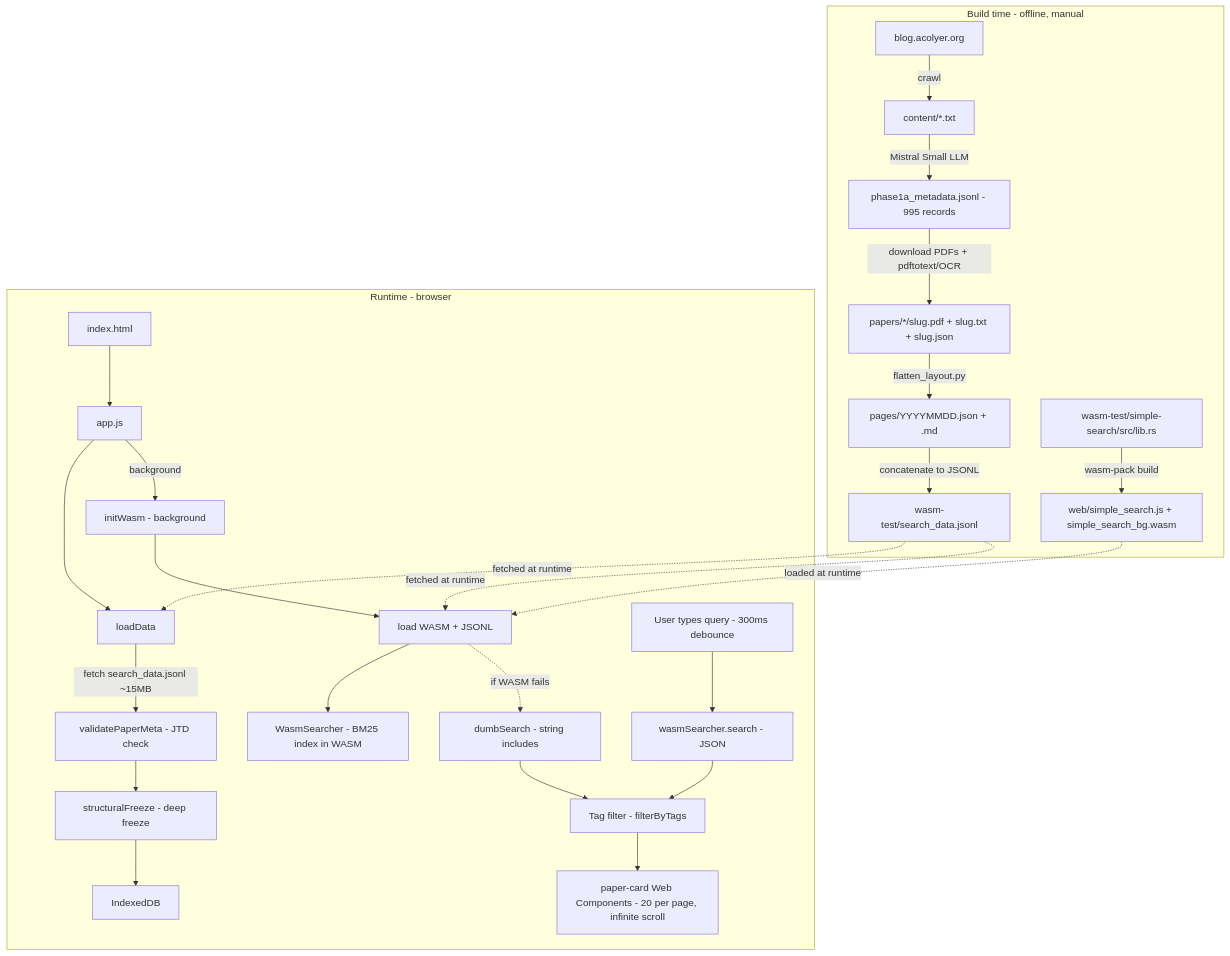
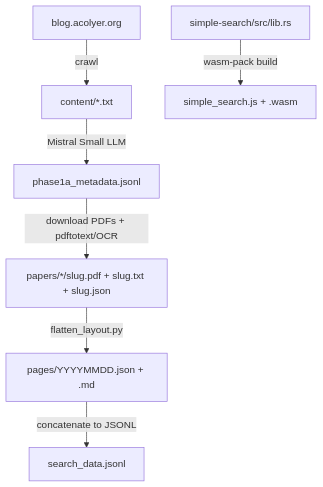
Before and after one commit to simbo1905/the-morning-paper-archive: the first of 2 diagrams in README.md, drawn with Mermaid. The commit also changed other lines of this file, not shown here.

Commit message:
docs: split diagram into build-time and runtime, fix runtime flow logic

````diff
--- a/README.md
+++ b/README.md
@@ -13,55 +13,9 @@
 ```mermaid
 flowchart TD
-    subgraph build["Build time - offline, manual"]
-        blog["blog.acolyer.org"]
-        content["content/*.txt"]
-        metadata["phase1a_metadata.jsonl - 995 records"]
-        papers["papers/*/slug.pdf + slug.txt + slug.json"]
-        pages["pages/YYYYMMDD.json + .md"]
-        jsonl["wasm-test/search_data.jsonl"]
-        rust["wasm-test/simple-search/src/lib.rs"]
-        wasm["web/simple_search.js + simple_search_bg.wasm"]
-
-        blog -->|crawl| content
-        content -->|Mistral Small LLM| metadata
-        metadata -->|download PDFs + pdftotext/OCR| papers
-        papers -->|flatten_layout.py| pages
-        pages -->|concatenate to JSONL| jsonl
-        rust -->|wasm-pack build| wasm
-    end
-
-    subgraph runtime["Runtime - browser"]
-        html["index.html"]
-        appjs["app.js"]
-        load["loadData"]
-        validate["validatePaperMeta - JTD check"]
-        freeze["structuralFreeze - deep freeze"]
-        idb["IndexedDB"]
-        initwasm["initWasm - background"]
-        wasmload["load WASM + JSONL"]
-        bm25["WasmSearcher - BM25 index in WASM"]
-        query["User types query - 300ms debounce"]
-        wasmsearch["wasmSearcher.search - JSON"]
-        dumbsearch["dumbSearch - string includes"]
-        tagfilter["Tag filter - filterByTags"]
-        cards["paper-card Web Components - 20 per page, infinite scroll"]
-
-        html --> appjs
-        appjs --> load
-        load -->|fetch search_data.jsonl ~15MB| validate
-        validate --> freeze
-        freeze --> idb
-        appjs -->|background| initwasm
-        initwasm --> wasmload
-        wasmload --> bm25
-        query --> wasmsearch
-        wasmload -.->|if WASM fails| dumbsearch
-        wasmsearch --> tagfilter
-        dumbsearch --> tagfilter
-        tagfilter --> cards
-    end
-
-    jsonl -.->|fetched at runtime| load
-    jsonl -.->|fetched at runtime| wasmload
-    wasm -.->|loaded at runtime| wasmload
+    blog["blog.acolyer.org"] -->|crawl| content["content/*.txt"]
+    content -->|Mistral Small LLM| metadata["phase1a_metadata.jsonl"]
+    metadata -->|download PDFs + pdftotext/OCR| papers["papers/*/slug.pdf + slug.txt + slug.json"]
+    papers -->|flatten_layout.py| pages["pages/YYYYMMDD.json + .md"]
+    pages -->|concatenate to JSONL| jsonl["search_data.jsonl"]
+    rust["simple-search/src/lib.rs"] -->|wasm-pack build| wasm["simple_search.js + .wasm"]
 ```
````
